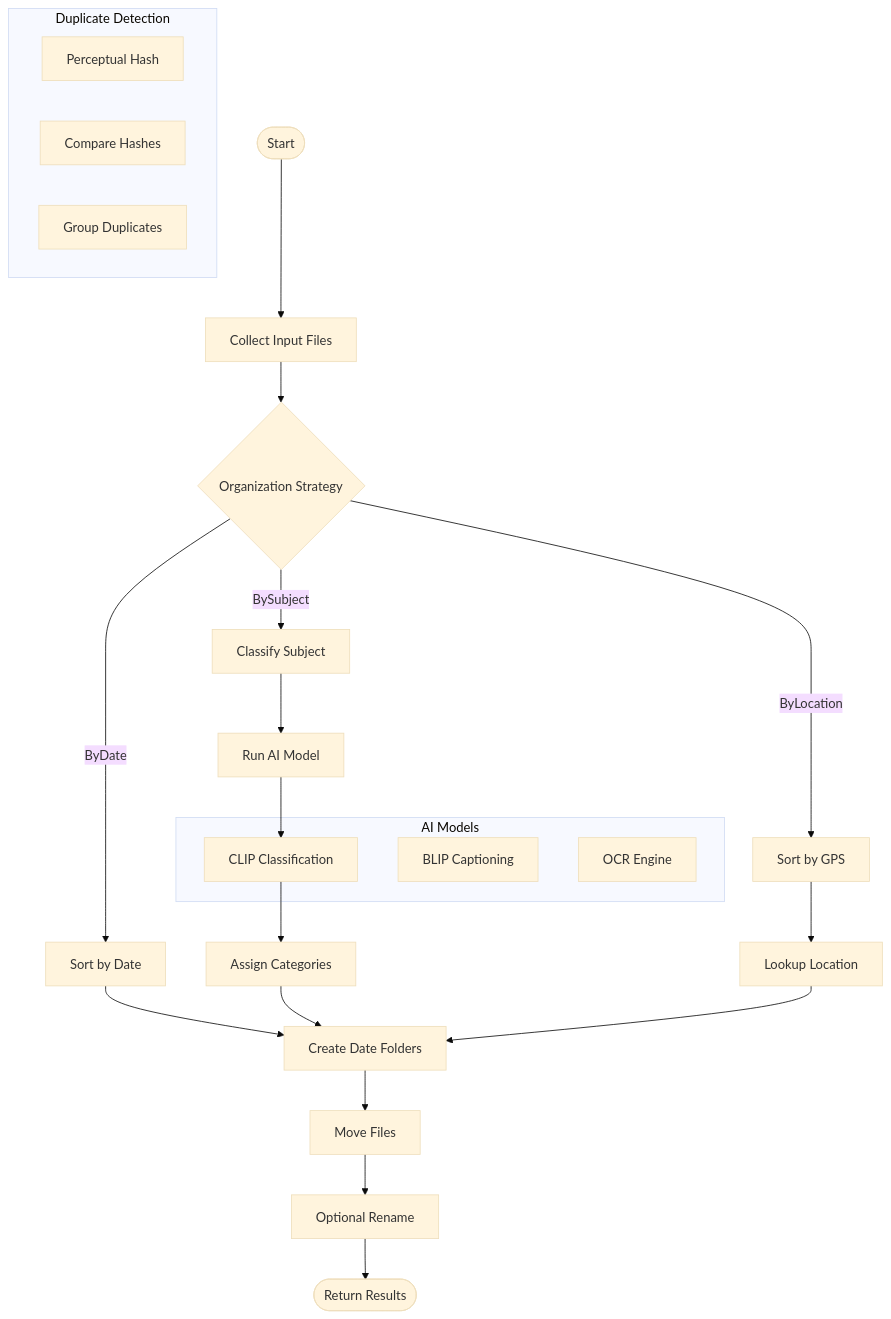
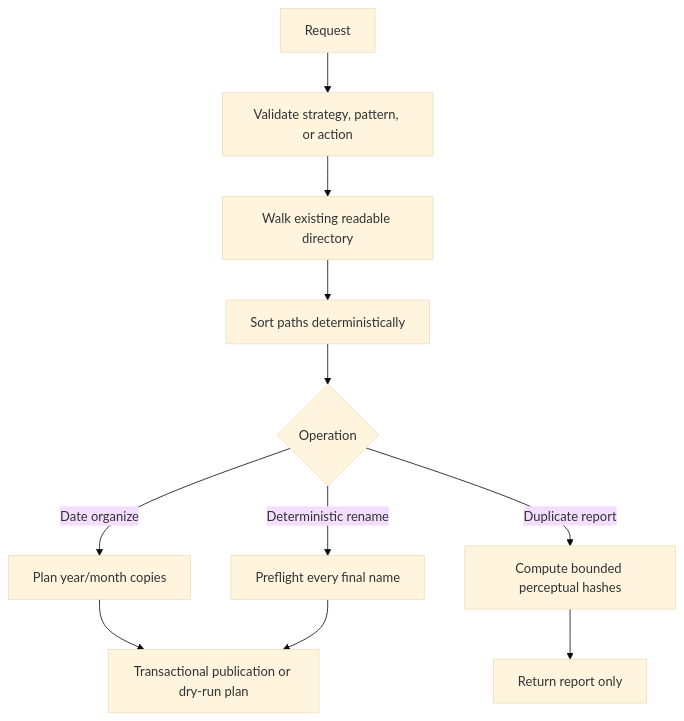
Before and after one commit to antarikshkarmakar/rtools: the fourth of 5 diagrams in docs/ARCHITECTURE.md, drawn with Mermaid (base theme). The commit also changed other lines of this file and 20 other files, not shown here.

````diff
--- a/docs/ARCHITECTURE.md
+++ b/docs/ARCHITECTURE.md
@@ -128,36 +92,13 @@
 ```mermaid
 flowchart TD
-    Start([Start]) --> Collect[Collect Input Files]
-    
-    Collect --> Strategy{Organization Strategy}
-    
-    Strategy -->|ByDate| DateSort[Sort by Date]
-    Strategy -->|BySubject| SubjectClass[Classify Subject]
-    Strategy -->|ByLocation| LocationSort[Sort by GPS]
-    
-    DateSort --> CreateFolders[Create Date Folders]
-    SubjectClass --> AIModel[Run AI Model]
-    LocationSort --> GPSLookup[Lookup Location]
-    
-    AIModel --> CLIP[CLIP Classification]
-    CLIP --> Categories[Assign Categories]
-    Categories --> CreateFolders
-    
-    GPSLookup --> CreateFolders
-    
-    CreateFolders --> Move[Move Files]
-    Move --> Rename[Optional Rename]
-    Rename --> End([Return Results])
-    
-    subgraph "AI Models"
-        CLIP
-        BLIP[BLIP Captioning]
-        OCR[OCR Engine]
-    end
-    
-    subgraph "Duplicate Detection"
-        Hash[Perceptual Hash]
-        Compare[Compare Hashes]
-        Group[Group Duplicates]
-    end
+    Request --> Gate[Validate strategy, pattern, or action]
+    Gate --> Collect[Walk existing readable directory]
+    Collect --> Sort[Sort paths deterministically]
+    Sort --> Mode{Operation}
+    Mode -->|Date organize| Dates[Plan year/month copies]
+    Mode -->|Deterministic rename| Names[Preflight every final name]
+    Mode -->|Duplicate report| Hash[Compute bounded perceptual hashes]
+    Dates --> Commit[Transactional publication or dry-run plan]
+    Names --> Commit
+    Hash --> Report[Return report only]
 ```
````
